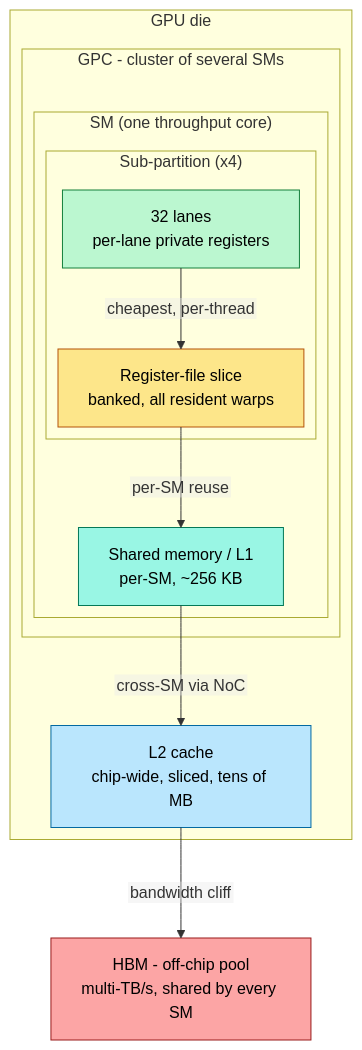
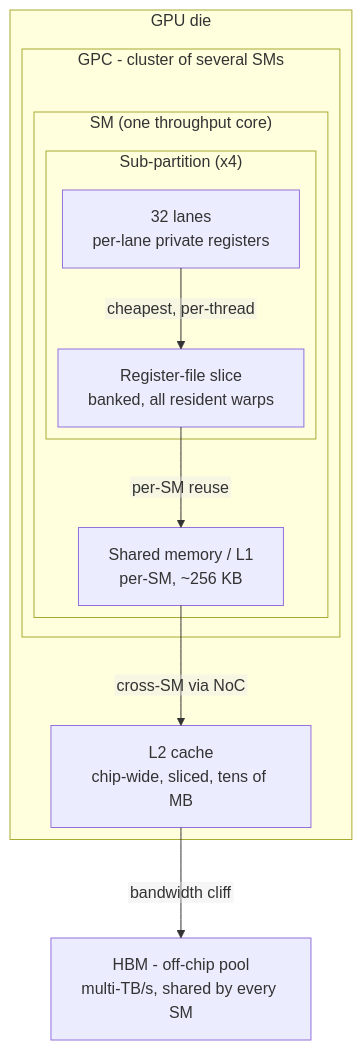
One commit to Wty2003328/silicon-design-notebook changed the eighth of 10 diagrams in 01_Architecture_and_PPA/02_GPU_Architecture/01_Core_Architecture/01_GPU_Architecture.md. Above: the diagram before and after it, drawn with Mermaid. The commit also changed other lines of this file and 125 other files, not shown here.

First line of the commit message:
Complete the AMBA family, refresh the learning path, and make every figure and formula actually render

````diff
--- a/01_Architecture_and_PPA/02_GPU_Architecture/01_Core_Architecture/01_GPU_Architecture.md
+++ b/01_Architecture_and_PPA/02_GPU_Architecture/01_Core_Architecture/01_GPU_Architecture.md
@@ -460,32 +467,27 @@
 ```mermaid
 %%{init: {"flowchart": {"defaultRenderer": "elk", "nodeSpacing": 40, "rankSpacing": 40, "htmlLabels": false}}}%%
 flowchart TB
     subgraph CHIP["GPU die"]
       direction TB
       subgraph GPC["GPC - cluster of several SMs"]
         direction TB
         subgraph SM["SM (one throughput core)"]
           direction TB
           subgraph SP["Sub-partition (x4)"]
             direction TB
-            LANE["32 lanes<br/>per-lane private registers"]:::lane
-            RF["Register-file slice<br/>banked, all resident warps"]:::rf
+            LANE["32 lanes<br/>per-lane private registers"]
+            RF["Register-file slice<br/>banked, all resident warps"]
           end
-          SMEM["Shared memory / L1<br/>per-SM, ~256 KB"]:::smem
+          SMEM["Shared memory / L1<br/>per-SM, ~256 KB"]
         end
       end
-      L2["L2 cache<br/>chip-wide, sliced, tens of MB"]:::l2
+      L2["L2 cache<br/>chip-wide, sliced, tens of MB"]
     end
-    HBM["HBM - off-chip pool<br/>multi-TB/s, shared by every SM"]:::hbm
+    HBM["HBM - off-chip pool<br/>multi-TB/s, shared by every SM"]
 
     LANE -->|"cheapest, per-thread"| RF
     RF -->|"per-SM reuse"| SMEM
     SMEM -->|"cross-SM via NoC"| L2
     L2 -->|"bandwidth cliff"| HBM
 
-    classDef lane fill:#bbf7d0,stroke:#15803d,color:#000
-    classDef rf fill:#fde68a,stroke:#b45309,color:#000
-    classDef smem fill:#99f6e4,stroke:#047857,color:#000
-    classDef l2 fill:#bae6fd,stroke:#0369a1,color:#000
-    classDef hbm fill:#fca5a5,stroke:#991b1b,color:#000
 ```
````
